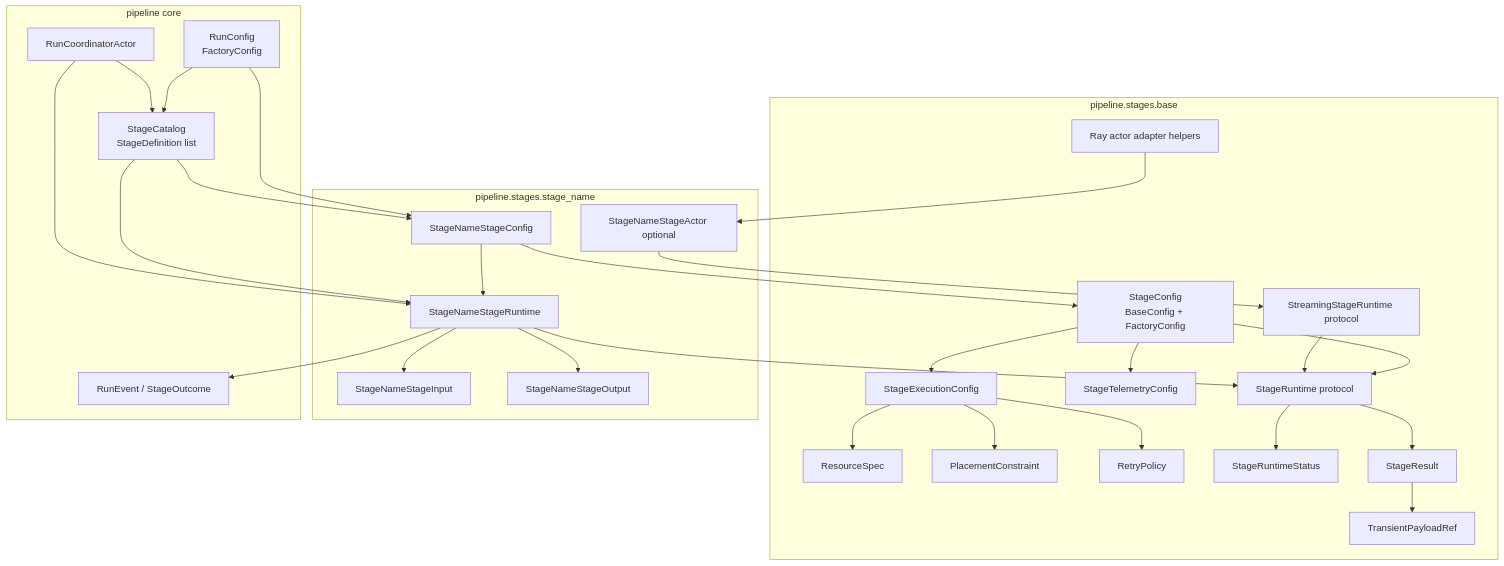
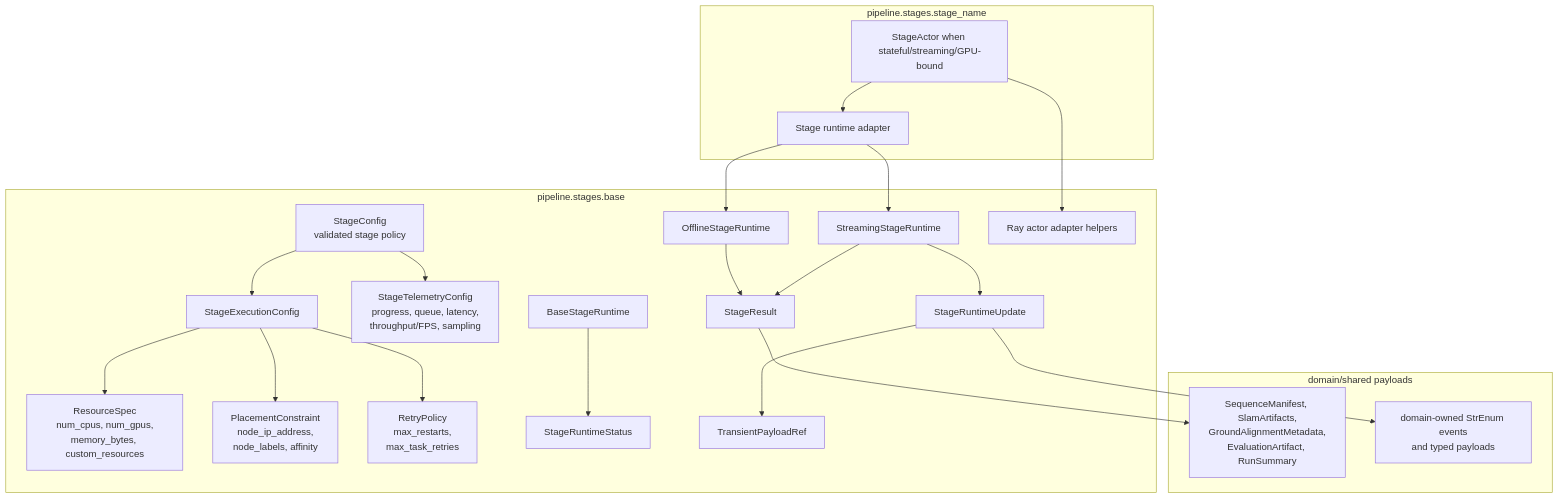
The second of 13 diagrams in docs/architecture/pipeline-stage-refactor-target.md (JanDuchscherer104/prml-vslam), drawn with Mermaid before and after one commit. The commit also changed other lines of this file and 1 other file, not shown here.

````diff
--- a/docs/architecture/pipeline-stage-refactor-target.md
+++ b/docs/architecture/pipeline-stage-refactor-target.md
@@ -162,59 +167,46 @@
 ```mermaid
 flowchart TB
     subgraph Base["pipeline.stages.base"]
-        StageConfig["StageConfig<br/>BaseConfig + FactoryConfig"]
+        StageConfig["StageConfig<br/>validated stage policy"]
         ExecutionConfig["StageExecutionConfig"]
-        Resources["ResourceSpec"]
-        Placement["PlacementConstraint"]
-        Retry["RetryPolicy"]
-        Telemetry["StageTelemetryConfig"]
+        Resources["ResourceSpec<br/>num_cpus, num_gpus,<br/>memory_bytes, custom_resources"]
+        Placement["PlacementConstraint<br/>node_ip_address,<br/>node_labels, affinity"]
+        Retry["RetryPolicy<br/>max_restarts,<br/>max_task_retries"]
+        Telemetry["StageTelemetryConfig<br/>progress, queue, latency,<br/>throughput/FPS, sampling"]
         RuntimeStatus["StageRuntimeStatus"]
         StageResult["StageResult"]
-        PayloadHandle["TransientPayloadRef"]
-        RuntimeProtocol["StageRuntime protocol"]
-        StreamingProtocol["StreamingStageRuntime protocol"]
+        StageUpdate["StageRuntimeUpdate"]
+        PayloadRef["TransientPayloadRef"]
+        BaseProtocol["BaseStageRuntime"]
+        OfflineProtocol["OfflineStageRuntime"]
+        StreamingProtocol["StreamingStageRuntime"]
         RayHelpers["Ray actor adapter helpers"]
     end
 
-    subgraph OneStage["pipeline.stages.stage_name"]
-        StageSpecificConfig["StageNameStageConfig"]
-        StageInput["StageNameStageInput"]
-        StageOutput["StageNameStageOutput"]
-        StageRuntime["StageNameStageRuntime"]
-        OptionalActor["StageNameStageActor optional"]
+    subgraph StageImpl["pipeline.stages.stage_name"]
+        StageRuntime["Stage runtime adapter"]
+        OptionalActor["StageActor when stateful/streaming/GPU-bound"]
     end
 
-    subgraph PipelineCore["pipeline core"]
-        RunConfig["RunConfig<br/>FactoryConfig"]
-        Catalog["StageCatalog<br/>StageDefinition list"]
-        Coordinator["RunCoordinatorActor"]
-        Events["RunEvent / StageOutcome"]
+    subgraph DomainPayloads["domain/shared payloads"]
+        Payloads["SequenceManifest, SlamArtifacts,<br/>GroundAlignmentMetadata,<br/>EvaluationArtifact, RunSummary"]
+        DomainEvents["domain-owned StrEnum events<br/>and typed payloads"]
     end
 
-    RunConfig --> StageSpecificConfig
-    RunConfig --> Catalog
-    Catalog --> StageSpecificConfig
     StageConfig --> ExecutionConfig
     ExecutionConfig --> Resources
     ExecutionConfig --> Placement
     ExecutionConfig --> Retry
     StageConfig --> Telemetry
-    StageConfig --> RuntimeProtocol
-    RuntimeProtocol --> RuntimeStatus
-    RuntimeProtocol --> StageResult
-    StageResult --> PayloadHandle
-    StreamingProtocol --> RuntimeProtocol
-    RayHelpers --> OptionalActor
-
-    StageSpecificConfig --> StageConfig
-    StageSpecificConfig --> StageRuntime
-    StageRuntime --> RuntimeProtocol
-    OptionalActor --> StreamingProtocol
-    StageRuntime --> StageInput
-    StageRuntime --> StageOutput
-    StageRuntime --> Events
-
-    Catalog --> StageRuntime
-    Coordinator --> Catalog
-    Coordinator --> StageRuntime
+    BaseProtocol --> RuntimeStatus
+    OfflineProtocol --> StageResult
+    StreamingProtocol --> StageUpdate
+    StreamingProtocol --> StageResult
+    StageUpdate --> PayloadRef
+    StageUpdate --> DomainEvents
+    StageResult --> Payloads
+    StageRuntime --> OfflineProtocol
+    StageRuntime --> StreamingProtocol
+    OptionalActor --> RayHelpers
+    OptionalActor --> StageRuntime
 ```
````
